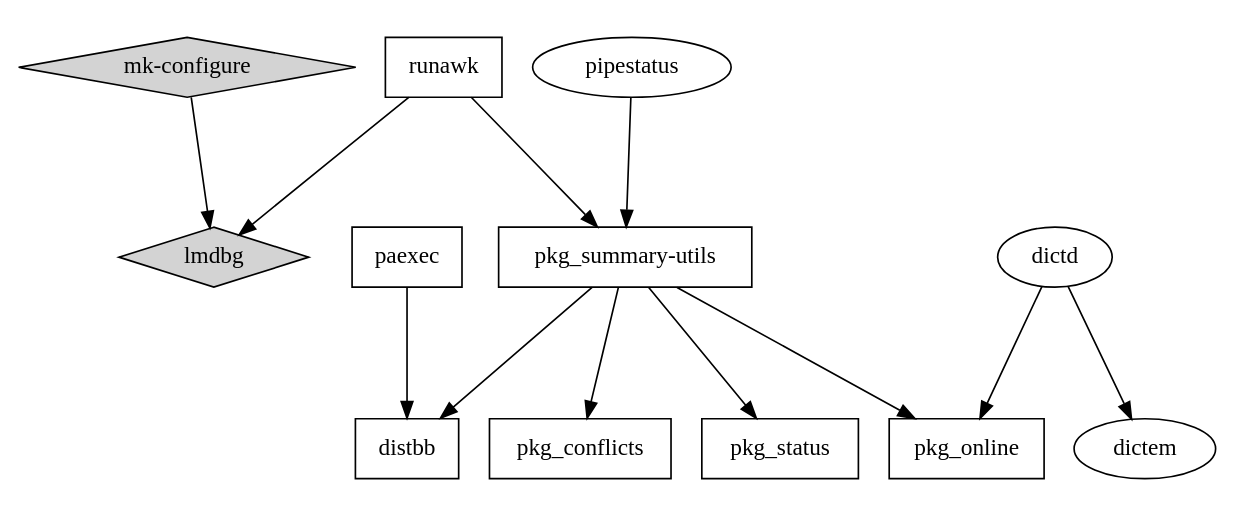
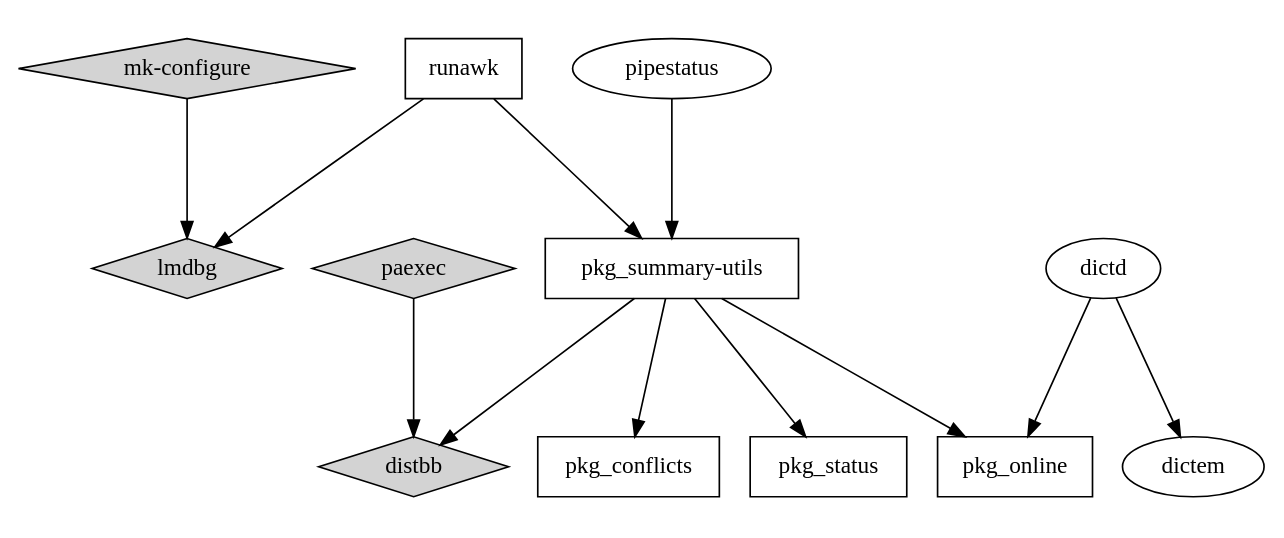
One commit to cheusov/mk-configure changed the diagram in doc/my_prjs.dot. Above: the diagram before and after it, drawn with Graphviz. The commit also changed 1 other file, not shown here.

```diff
--- a/doc/my_prjs.dot
+++ b/doc/my_prjs.dot
@@ -1,29 +1,31 @@
 digraph FSA {
  graph [ ratio=compress layout=dot rankdir=UB ratio=0.4 ];
 
  node [ shape = diamond style=filled fonsize=18 ];
 
    "mk-configure" -> "lmdbg";
+   "paexec";
+   "distbb";
 
  node [ shape = oval style=solid ];
 
    "dictd";
    "dictem";
 
  node [ shape = box ];
 
    "runawk"            -> "pkg_summary-utils";
    "runawk"            -> "lmdbg";
    "pkg_summary-utils" -> "distbb";
    "paexec"            -> "distbb";
    "dictd"             -> "dictem";
    "pkg_summary-utils" -> "pkg_online";
    "pkg_summary-utils" -> "pkg_conflicts";
    "pkg_summary-utils" -> "pkg_status";
 
  node [ shape = oval style=solid ];
 
    "dictd" -> "pkg_online";
    "pipestatus" -> "pkg_summary-utils";
 
 }
```
